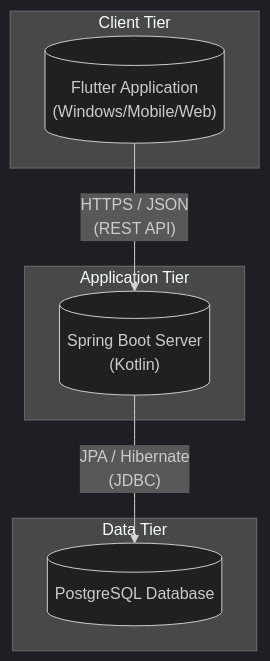
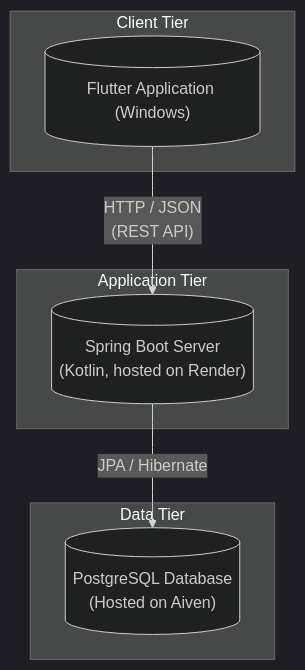
Before and after one commit to AmirtterK/human-resources-management: diagram 15 of 15 in diagrams/04_Chapter2_Modeling.md, drawn with Mermaid (dark theme). The commit also changed other lines of this file and 2 other files, not shown here.

````diff
--- a/diagrams/04_Chapter2_Modeling.md
+++ b/diagrams/04_Chapter2_Modeling.md
@@ -381,17 +609,20 @@
 ```mermaid
 graph TD
     subgraph "Client Tier"
-        FlutterApp[("Flutter Application\n(Windows/Mobile/Web)")]
+        FlutterApp[("Flutter Application (Windows)")]
     end
 
     subgraph "Application Tier"
-        SpringBoot[("Spring Boot Server\n(Kotlin)")]
+        SpringBoot[("Spring Boot Server 
+        (Kotlin, hosted on Render)")]
     end
 
     subgraph "Data Tier"
-        PostgreSQL[("PostgreSQL Database")]
+        PostgreSQL[("PostgreSQL Database
+        (Hosted on Aiven)")]
     end
 
-    FlutterApp -- "HTTPS / JSON\n(REST API)" --> SpringBoot
-    SpringBoot -- "JPA / Hibernate\n(JDBC)" --> PostgreSQL
+    FlutterApp -- "HTTP / JSON
+    (REST API)" --> SpringBoot
+    SpringBoot -- "JPA / Hibernate" --> PostgreSQL
 ```
````
